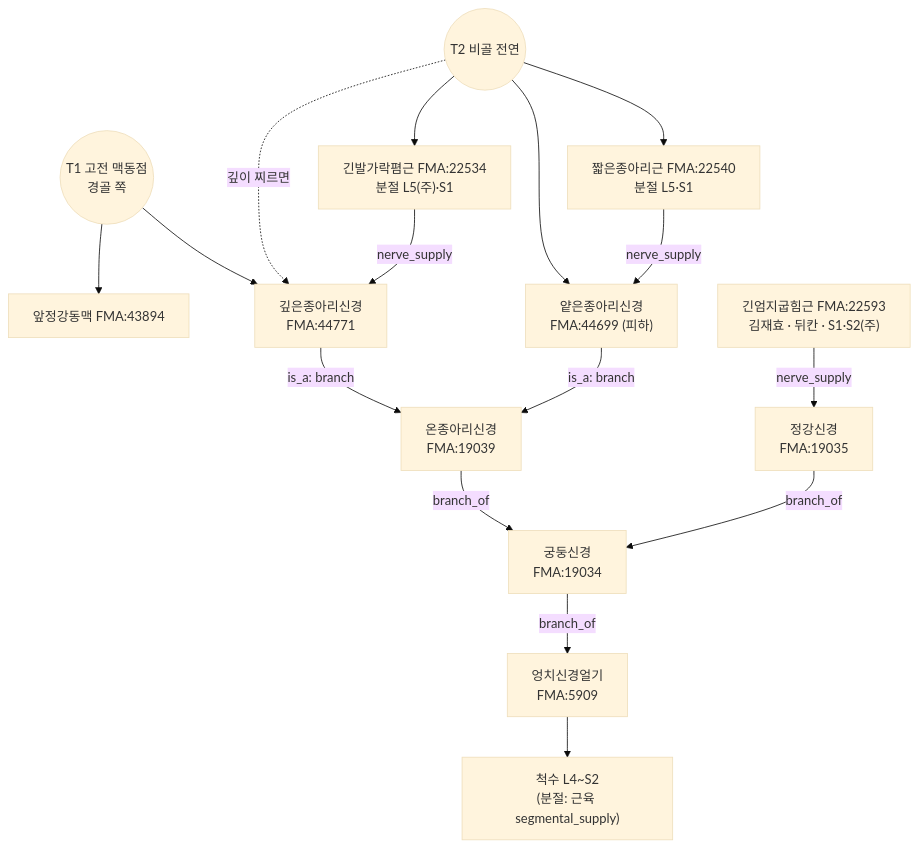
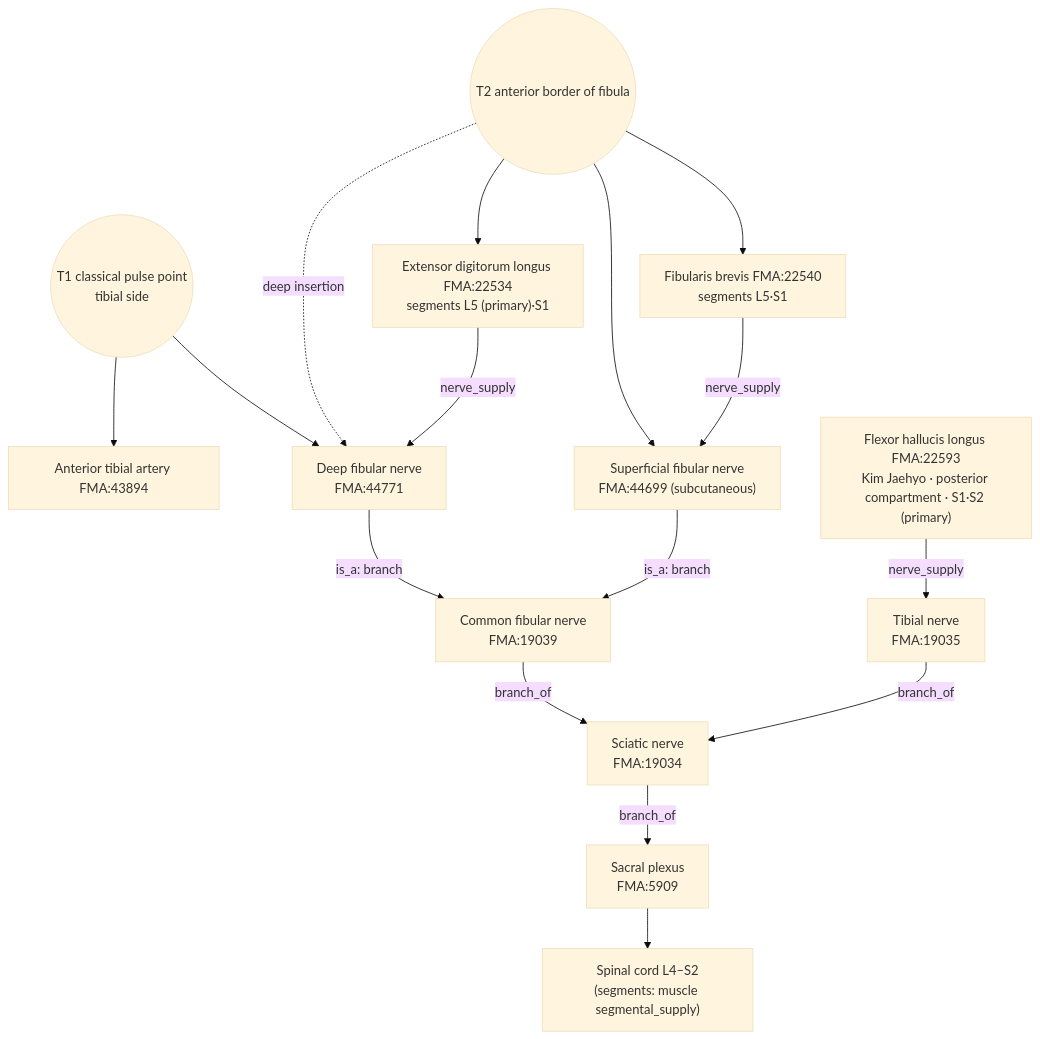
One commit to jaehyokim-sketch/acupoint_anatomy changed the diagram in 01_경혈별_해부생리_분석보고서/GB_족소양담경/GB39_현종/GB39_현종_해부생리_실체판명_보고서_en.md. Above: the diagram before and after it, drawn with Mermaid (base theme). The commit also changed other lines of this file and 199 other files, not shown here.

````diff
--- a/01_경혈별_해부생리_분석보고서/GB_족소양담경/GB39_현종/GB39_현종_해부생리_실체판명_보고서_en.md
+++ b/01_경혈별_해부생리_분석보고서/GB_족소양담경/GB39_현종/GB39_현종_해부생리_실체판명_보고서_en.md
@@ -265,18 +271,18 @@
 ```mermaid
 flowchart TB
-  T1(("T1 고전 맥동점<br/>경골 쪽")) --> ATA["앞정강동맥 FMA:43894"]
-  T1 --> DFN["깊은종아리신경<br/>FMA:44771"]
-  T2(("T2 비골 전연")) --> SFN["얕은종아리신경<br/>FMA:44699 (피하)"]
-  T2 --> FB["짧은종아리근 FMA:22540<br/>분절 L5·S1"]
-  T2 --> EDL["긴발가락폄근 FMA:22534<br/>분절 L5(주)·S1"]
-  T2 -. "깊이 찌르면" .-> DFN
+  T1(("T1 classical pulse point<br/>tibial side")) --> ATA["Anterior tibial artery FMA:43894"]
+  T1 --> DFN["Deep fibular nerve<br/>FMA:44771"]
+  T2(("T2 anterior border of fibula")) --> SFN["Superficial fibular nerve<br/>FMA:44699 (subcutaneous)"]
+  T2 --> FB["Fibularis brevis FMA:22540<br/>segments L5·S1"]
+  T2 --> EDL["Extensor digitorum longus FMA:22534<br/>segments L5 (primary)·S1"]
+  T2 -. "deep insertion" .-> DFN
   EDL -- nerve_supply --> DFN
   FB -- nerve_supply --> SFN
-  DFN -- "is_a: branch" --> CFN["온종아리신경<br/>FMA:19039"]
+  DFN -- "is_a: branch" --> CFN["Common fibular nerve<br/>FMA:19039"]
   SFN -- "is_a: branch" --> CFN
-  CFN -- branch_of --> SCI["궁둥신경<br/>FMA:19034"]
-  FHL["긴엄지굽힘근 FMA:22593<br/>김재효 · 뒤칸 · S1·S2(주)"] -- nerve_supply --> TIB["정강신경<br/>FMA:19035"]
+  CFN -- branch_of --> SCI["Sciatic nerve<br/>FMA:19034"]
+  FHL["Flexor hallucis longus FMA:22593<br/>Kim Jaehyo · posterior compartment · S1·S2 (primary)"] -- nerve_supply --> TIB["Tibial nerve<br/>FMA:19035"]
   TIB -- branch_of --> SCI
-  SCI -- branch_of --> SAC["엉치신경얼기<br/>FMA:5909"]
-  SAC --> SEG["척수 L4~S2<br/>(분절: 근육 segmental_supply)"]
+  SCI -- branch_of --> SAC["Sacral plexus<br/>FMA:5909"]
+  SAC --> SEG["Spinal cord L4–S2<br/>(segments: muscle segmental_supply)"]
 ```
````
